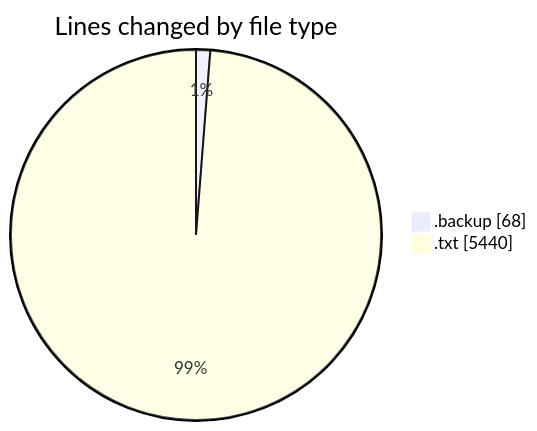
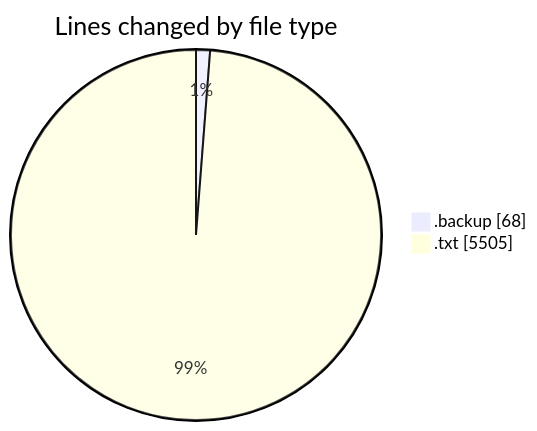
Before and after one commit to ricardozamudiocil/code-tracking: the first of 2 diagrams in 2026-11-25/informesdocpath/README.md, drawn with Mermaid. The commit also changed other lines of this file and 1 other file, not shown here.

````diff
--- a/2026-11-25/informesdocpath/README.md
+++ b/2026-11-25/informesdocpath/README.md
@@ -22,6 +22,6 @@
 ```mermaid
 pie showData
 title Lines changed by file type
 ".backup" : 68
-".txt" : 5440
+".txt" : 5505
 ```
````
